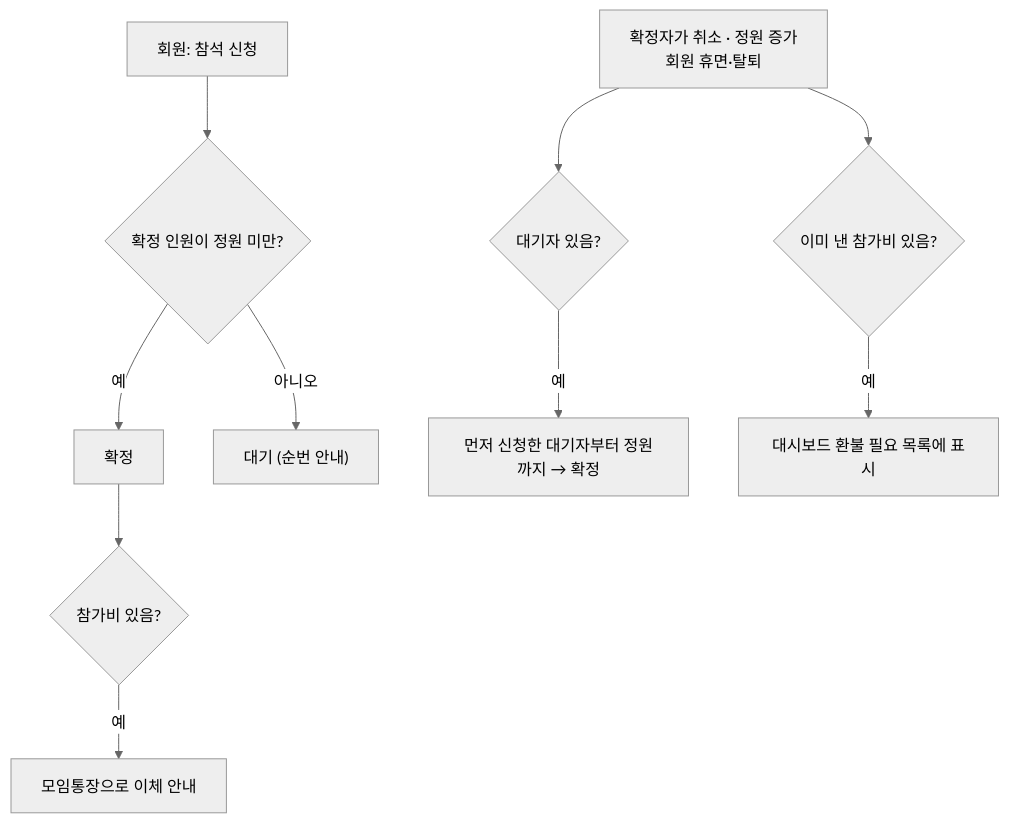
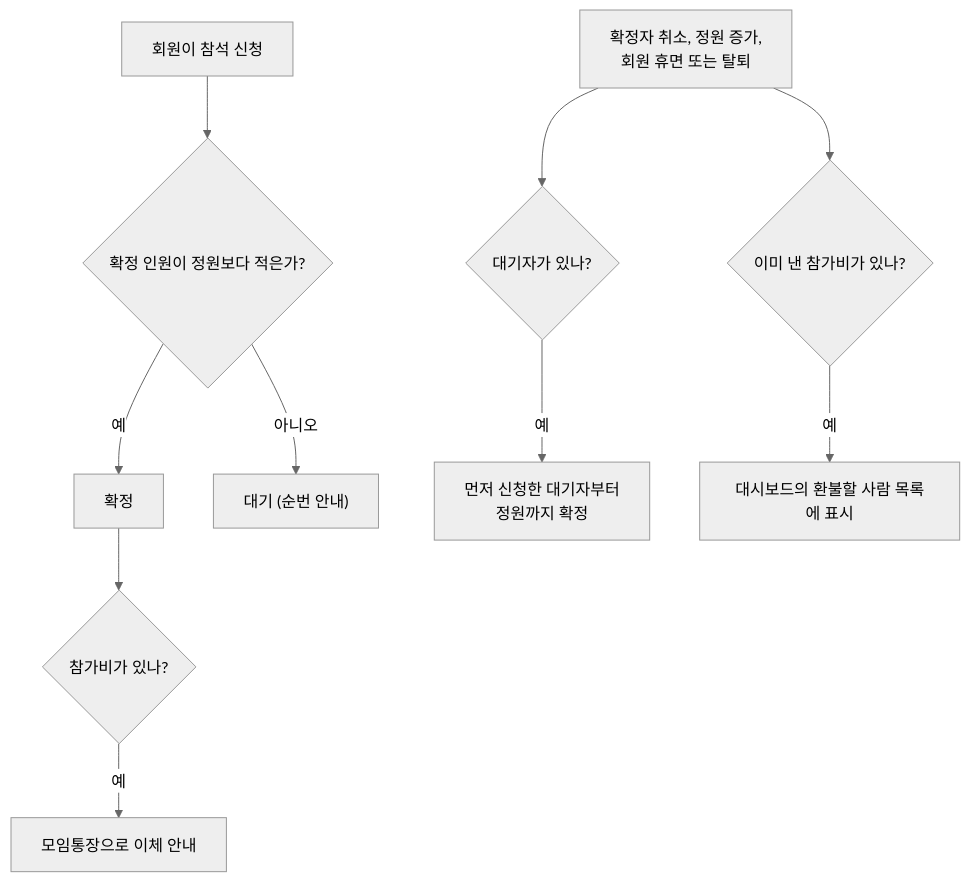
Before and after one commit to keepmind7/AI_Club_Web: the third of 4 diagrams in README.md, drawn with Mermaid (neutral theme). The commit also changed other lines of this file and 22 other files, not shown here.

````diff
--- a/README.md
+++ b/README.md
@@ -83,12 +325,12 @@
 ```mermaid
 flowchart TD
-    A["회원: 참석 신청"] --> E{"확정 인원이 정원 미만?"}
+    A["회원이 참석 신청"] --> E{"확정 인원이 정원보다 적은가?"}
     E -- 예 --> F["확정"]
     E -- 아니오 --> G["대기 (순번 안내)"]
-    F --> H{"참가비 있음?"}
+    F --> H{"참가비가 있나?"}
     H -- 예 --> I["모임통장으로 이체 안내"]
-    X["확정자가 취소 · 정원 증가<br/>회원 휴면·탈퇴"] --> Y{"대기자 있음?"}
-    Y -- 예 --> Z["먼저 신청한 대기자부터 정원까지 → 확정"]
-    X --> R{"이미 낸 참가비 있음?"}
-    R -- 예 --> S["대시보드 환불 필요 목록에 표시"]
+    X["확정자 취소, 정원 증가,<br/>회원 휴면 또는 탈퇴"] --> Y{"대기자가 있나?"}
+    Y -- 예 --> Z["먼저 신청한 대기자부터<br/>정원까지 확정"]
+    X --> R{"이미 낸 참가비가 있나?"}
+    R -- 예 --> S["대시보드의 환불할 사람 목록에 표시"]
 ```
````
